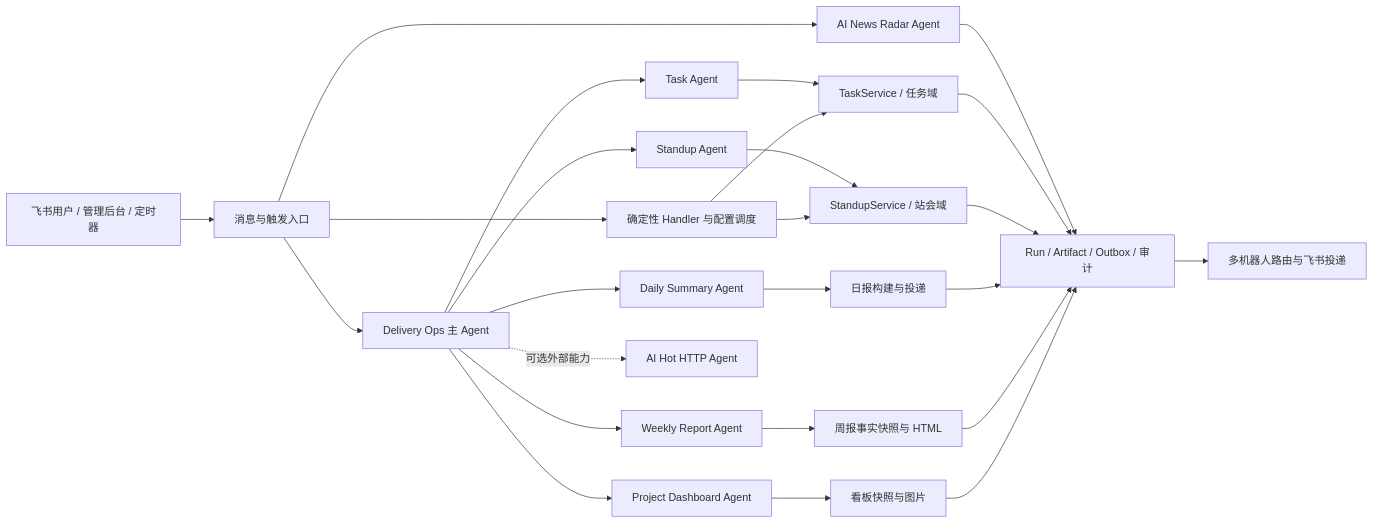
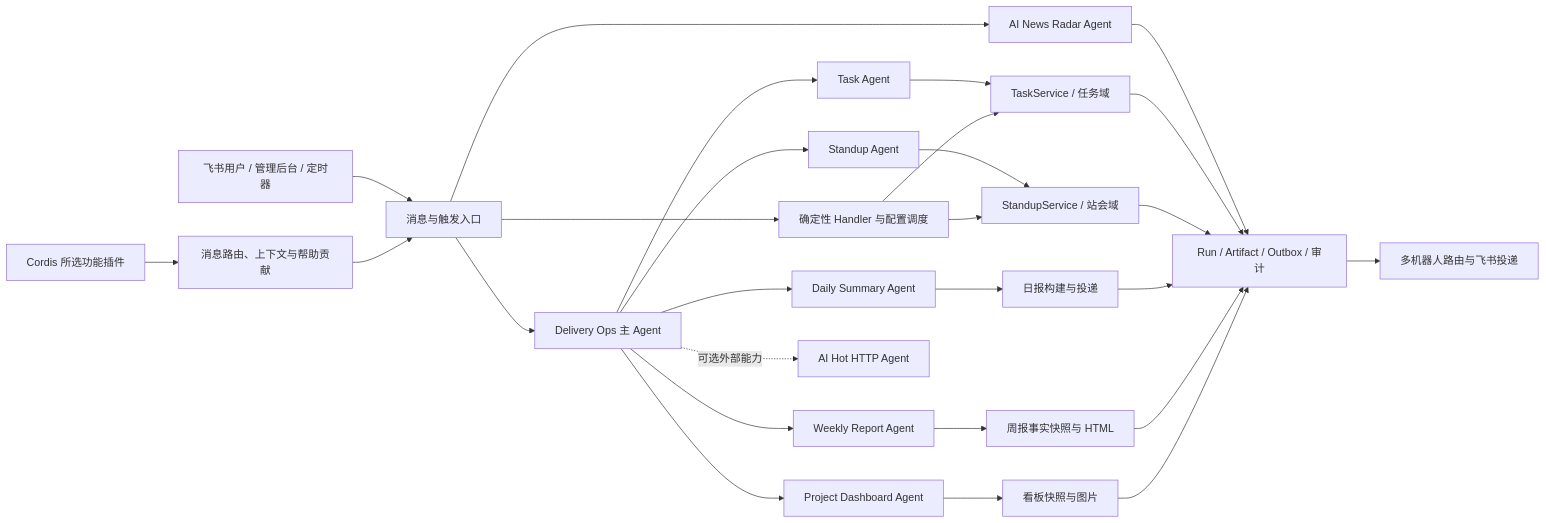
Before and after one commit to KlayPeter/AI-Delivery-Ops-Agent: the diagram in docs/features/README.md, drawn with Mermaid. The commit also changed other lines of this file and 39 other files, not shown here.

````diff
--- a/docs/features/README.md
+++ b/docs/features/README.md
@@ -5,27 +5,29 @@
 ```mermaid
 flowchart LR
     U["飞书用户 / 管理后台 / 定时器"] --> R["消息与触发入口"]
     R --> M["Delivery Ops 主 Agent"]
     M --> T["Task Agent"]
     M --> S["Standup Agent"]
     M --> D["Daily Summary Agent"]
     M --> W["Weekly Report Agent"]
     M --> P["Project Dashboard Agent"]
     R --> N["AI News Radar Agent"]
     N --> O
     M -. 可选外部能力 .-> H["AI Hot HTTP Agent"]
     T --> TS["TaskService / 任务域"]
     S --> SS["StandupService / 站会域"]
     D --> DS["日报构建与投递"]
     W --> WS["周报事实快照与 HTML"]
     P --> PS["看板快照与图片"]
+    FP["Cordis 所选功能插件"] --> MC["消息路由、上下文与帮助贡献"]
+    MC --> R
     R --> C["确定性 Handler 与配置调度"]
     C --> TS
     C --> SS
     TS --> O["Run / Artifact / Outbox / 审计"]
     SS --> O
     DS --> O
     WS --> O
     PS --> O
     O --> B["多机器人路由与飞书投递"]
 ```
````
